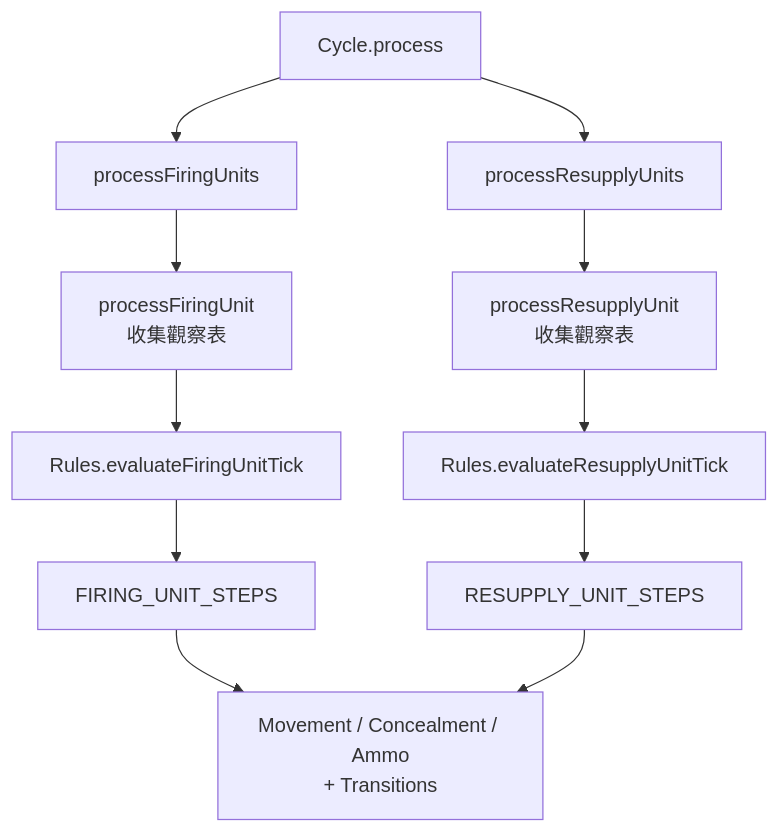
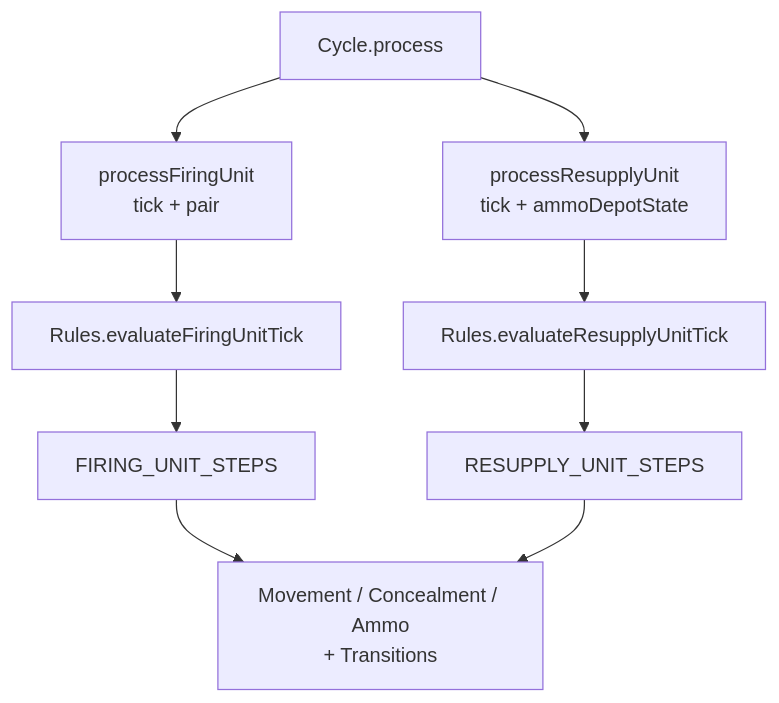
One commit to pullupjumper/formosa-in-flames changed the diagram in docs/missileSystem/cycle.md. Above: the diagram before and after it, drawn with Mermaid. The commit also changed other lines of this file and 17 other files, not shown here.

````diff
--- a/docs/missileSystem/cycle.md
+++ b/docs/missileSystem/cycle.md
@@ -32,13 +32,11 @@
 ```mermaid
 flowchart TD
-    A[Cycle.process] --> B[processFiringUnits]
-    A --> C[processResupplyUnits]
-    B --> B1[processFiringUnit<br/>收集觀察表]
-    C --> C1[processResupplyUnit<br/>收集觀察表]
+    A[Cycle.process] --> B1[processFiringUnit<br/>tick + pair]
+    A --> C1[processResupplyUnit<br/>tick + ammoDepotState]
     B1 --> R1[Rules.evaluateFiringUnitTick]
     C1 --> R2[Rules.evaluateResupplyUnitTick]
     R1 --> S1[FIRING_UNIT_STEPS]
     R2 --> S2[RESUPPLY_UNIT_STEPS]
     S1 --> X[Movement / Concealment / Ammo<br/>+ Transitions]
     S2 --> X
 ```
````
